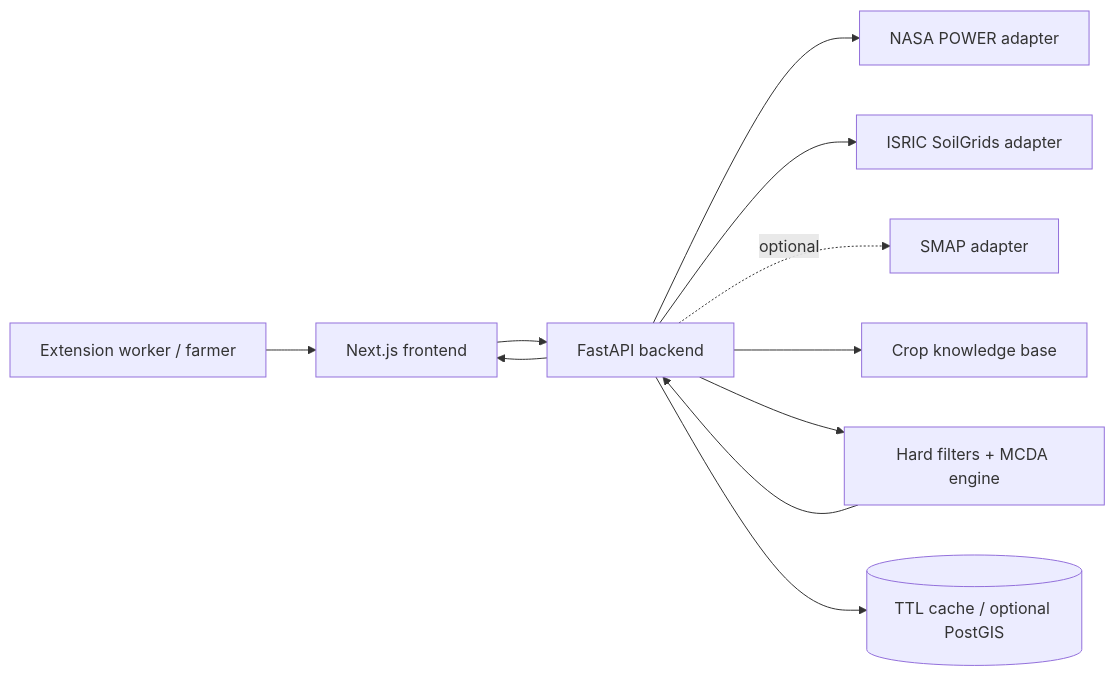
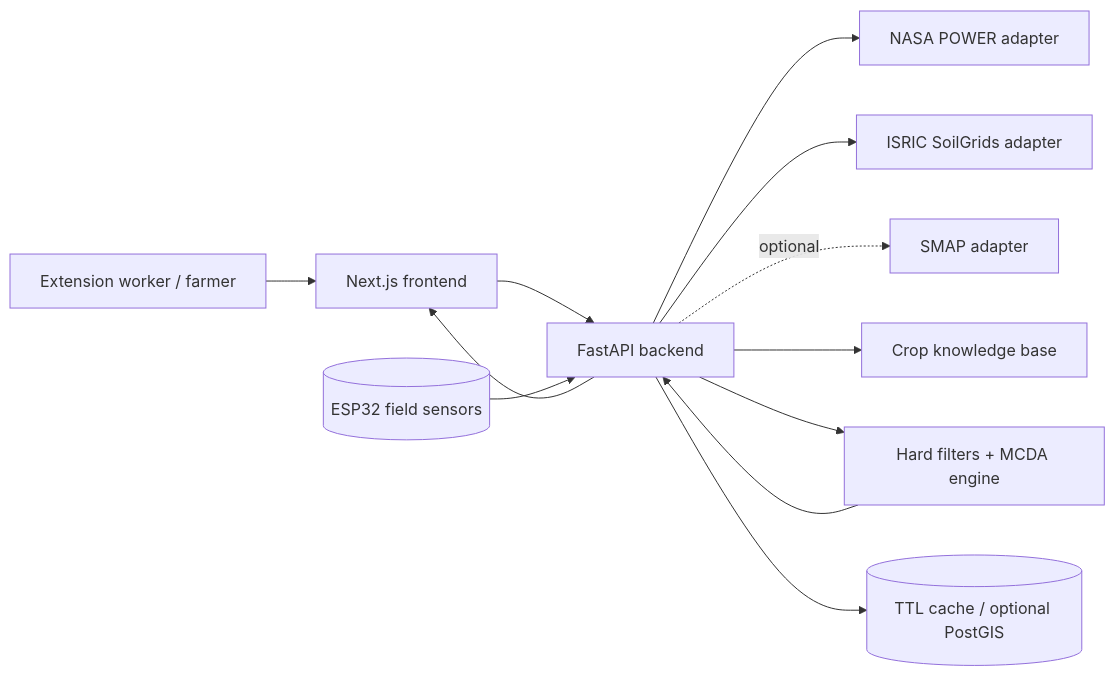
One commit to abo3ali21/feild changed the diagram in README.md. Above: the diagram before and after it, drawn with Mermaid. The commit also changed other lines of this file and 12 other files, not shown here.

Commit message:
Integrate ESP32 field sensors into the deterministic engine

```diff
--- a/README.md
+++ b/README.md
@@ -7,12 +7,13 @@
 ~~~mermaid
 flowchart LR
   U[Extension worker / farmer] --> N[Next.js frontend]
   N --> F[FastAPI backend]
   F --> P[NASA POWER adapter]
   F --> S[ISRIC SoilGrids adapter]
   F -. optional .-> M[SMAP adapter]
+  D2[(ESP32 field sensors)] --> F
   F --> C[Crop knowledge base]
   F --> E[Hard filters + MCDA engine]
   F --> D[(TTL cache / optional PostGIS)]
   E --> F --> N
 ~~~
```
